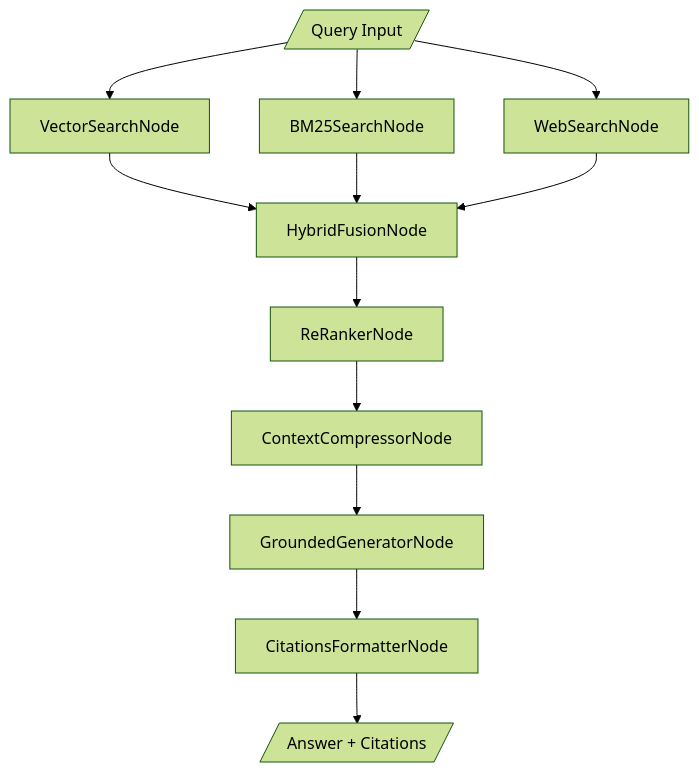
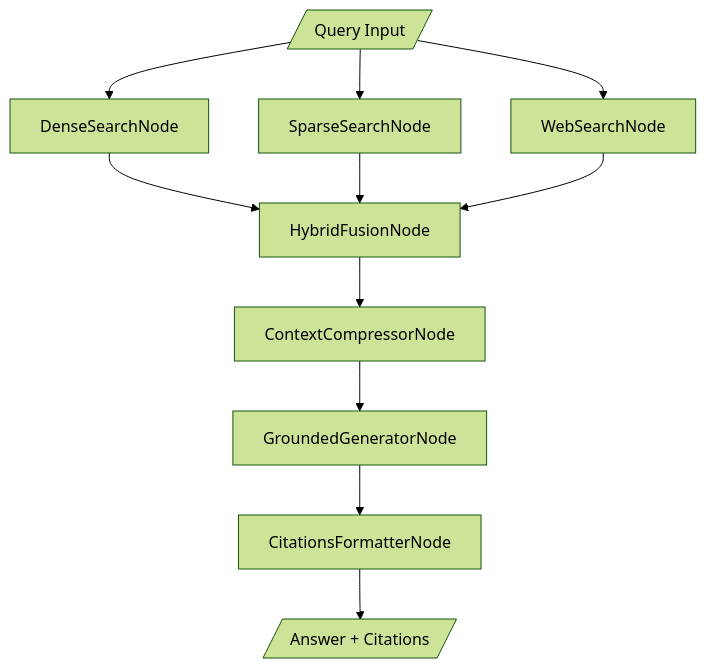
Before and after one commit to ShaojieJiang/orcheo: the third of 6 diagrams in docs/conversational_search/demo_design.md, drawn with Mermaid (forest theme). The commit also changed other lines of this file and 48 other files, not shown here.

First line of the commit message:
Example/conv search hybrid indexing (#197)

````diff
--- a/docs/conversational_search/demo_design.md
+++ b/docs/conversational_search/demo_design.md
@@ -132,17 +174,16 @@
 ```mermaid
 graph TD
     Query[/Query Input/]
-    Query --> VectorSearch[VectorSearchNode]
-    Query --> BM25[BM25SearchNode]
+    Query --> DenseSearch[DenseSearchNode]
+    Query --> SparseSearch[SparseSearchNode]
     Query --> WebSearch[WebSearchNode]
 
-    VectorSearch --> Fusion[HybridFusionNode]
-    BM25 --> Fusion
+    DenseSearch --> Fusion[HybridFusionNode]
+    SparseSearch --> Fusion
     WebSearch --> Fusion
 
-    Fusion --> ReRanker[ReRankerNode]
-    ReRanker --> Compressor[ContextCompressorNode]
+    Fusion --> Compressor[ContextCompressorNode]
     Compressor --> Generator[GroundedGeneratorNode]
     Generator --> Citations[CitationsFormatterNode]
     Citations --> Output[/Answer + Citations/]
 ```
````
